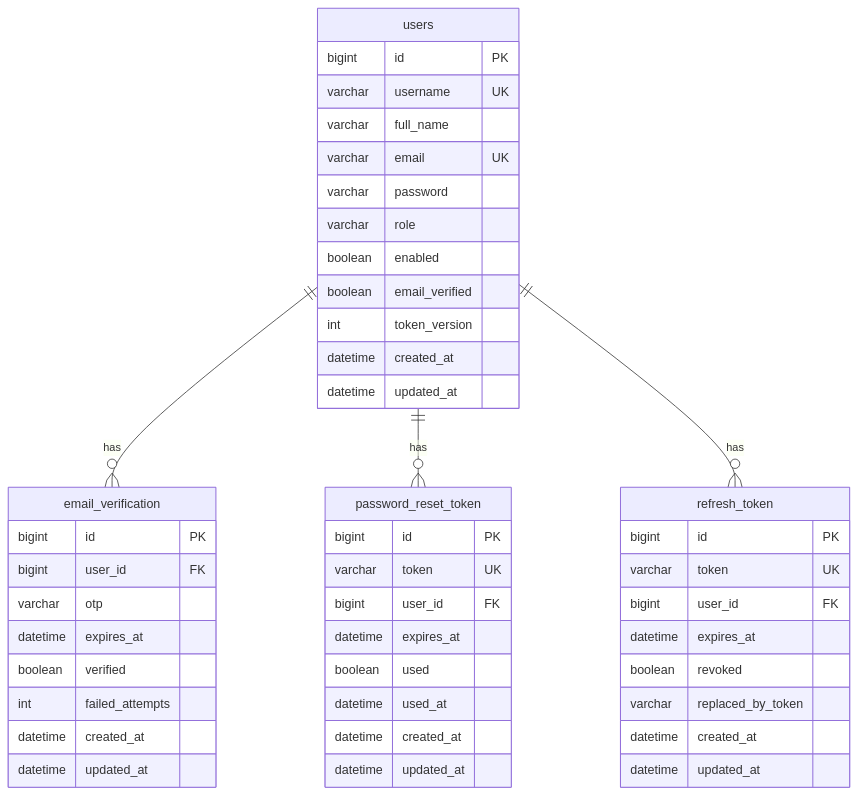
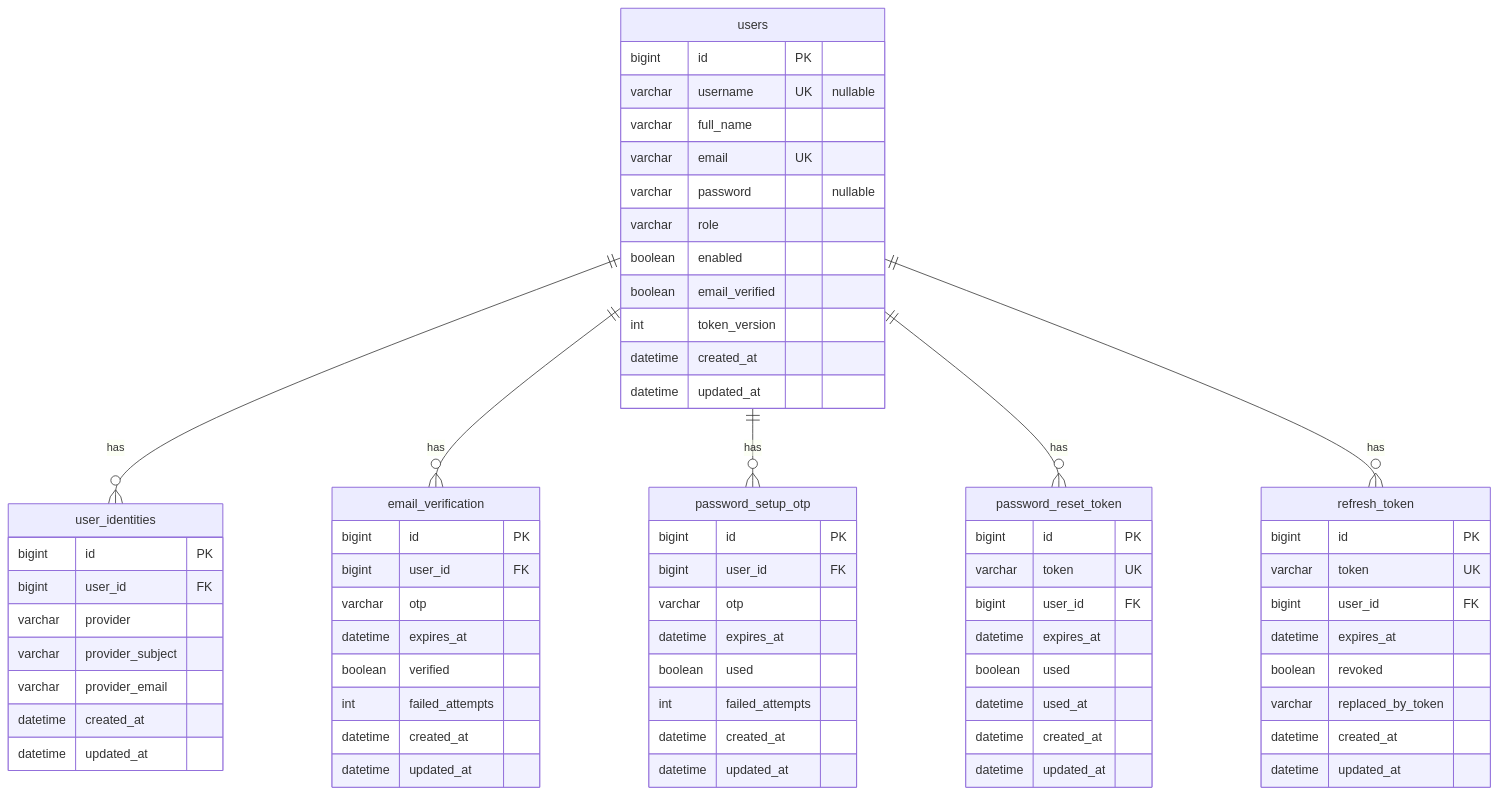
Before and after one commit to Venkata-Nageswara-Bhadri78/CodePilot: the diagram in src/main/java/com/developer/copilot/auth/docs/DATABASE.md, drawn with Mermaid. The commit also changed other lines of this file and 66 other files, not shown here.

````diff
--- a/src/main/java/com/developer/copilot/auth/docs/DATABASE.md
+++ b/src/main/java/com/developer/copilot/auth/docs/DATABASE.md
@@ -7,53 +9,76 @@
 ```mermaid
 erDiagram
+    users ||--o{ user_identities : has
     users ||--o{ email_verification : has
+    users ||--o{ password_setup_otp : has
     users ||--o{ password_reset_token : has
     users ||--o{ refresh_token : has
 
     users {
         bigint id PK
-        varchar username UK
+        varchar username UK "nullable"
         varchar full_name
         varchar email UK
-        varchar password
+        varchar password "nullable"
         varchar role
         boolean enabled
         boolean email_verified
         int token_version
+        datetime created_at
+        datetime updated_at
+    }
+
+    user_identities {
+        bigint id PK
+        bigint user_id FK
+        varchar provider
+        varchar provider_subject
+        varchar provider_email
+        datetime created_at
+        datetime updated_at
+    }
+
+    password_setup_otp {
+        bigint id PK
+        bigint user_id FK
+        varchar otp
+        datetime expires_at
+        boolean used
+        int failed_attempts
         datetime created_at
         datetime updated_at
     }
 
     email_verification {
         bigint id PK
         bigint user_id FK
         varchar otp
         datetime expires_at
         boolean verified
         int failed_attempts
         datetime created_at
         datetime updated_at
     }
 
     password_reset_token {
         bigint id PK
         varchar token UK
         bigint user_id FK
         datetime expires_at
         boolean used
         datetime used_at
         datetime created_at
         datetime updated_at
     }
 
     refresh_token {
         bigint id PK
         varchar token UK
         bigint user_id FK
         datetime expires_at
         boolean revoked
         varchar replaced_by_token
         datetime created_at
         datetime updated_at
     }
 ```
````
